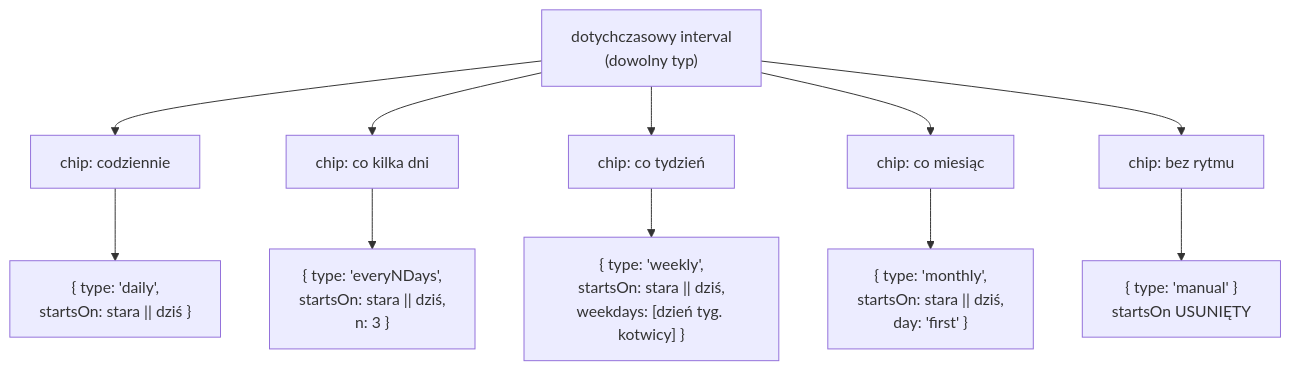
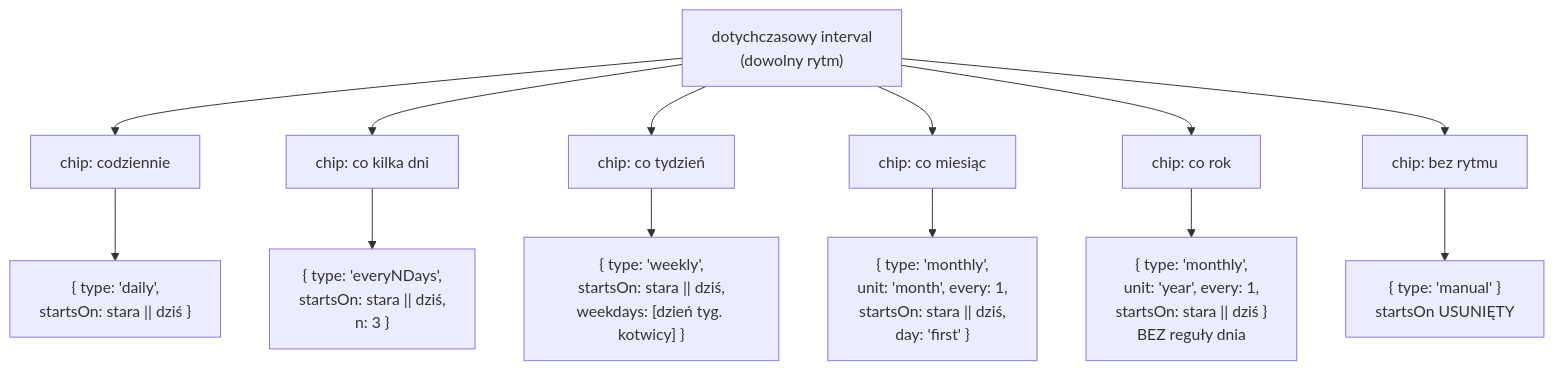
Before and after one commit to gustaw-beznicki/Home-dashboard: the first of 7 diagrams in docs/rhythm-editor.md, drawn with Mermaid. The commit also changed other lines of this file and 1 other file, not shown here.

````diff
--- a/docs/rhythm-editor.md
+++ b/docs/rhythm-editor.md
@@ -22,16 +22,18 @@
 ```mermaid
 flowchart TD
-    P["dotychczasowy interval<br/>(dowolny typ)"]
+    P["dotychczasowy interval<br/>(dowolny rytm)"]
 
     P --> CD["chip: codziennie"]
     P --> CN["chip: co kilka dni"]
     P --> CW["chip: co tydzień"]
     P --> CM["chip: co miesiąc"]
+    P --> CY["chip: co rok"]
     P --> CX["chip: bez rytmu"]
 
     CD --> OD["{ type: 'daily',<br/>startsOn: stara || dziś }"]
     CN --> ON["{ type: 'everyNDays',<br/>startsOn: stara || dziś,<br/>n: 3 }"]
     CW --> OW["{ type: 'weekly',<br/>startsOn: stara || dziś,<br/>weekdays: [dzień tyg. kotwicy] }"]
-    CM --> OM["{ type: 'monthly',<br/>startsOn: stara || dziś,<br/>day: 'first' }"]
+    CM --> OM["{ type: 'monthly',<br/>unit: 'month', every: 1,<br/>startsOn: stara || dziś,<br/>day: 'first' }"]
+    CY --> OY["{ type: 'monthly',<br/>unit: 'year', every: 1,<br/>startsOn: stara || dziś }<br/>BEZ reguły dnia"]
     CX --> OX["{ type: 'manual' }<br/>startsOn USUNIĘTY"]
 ```
````
